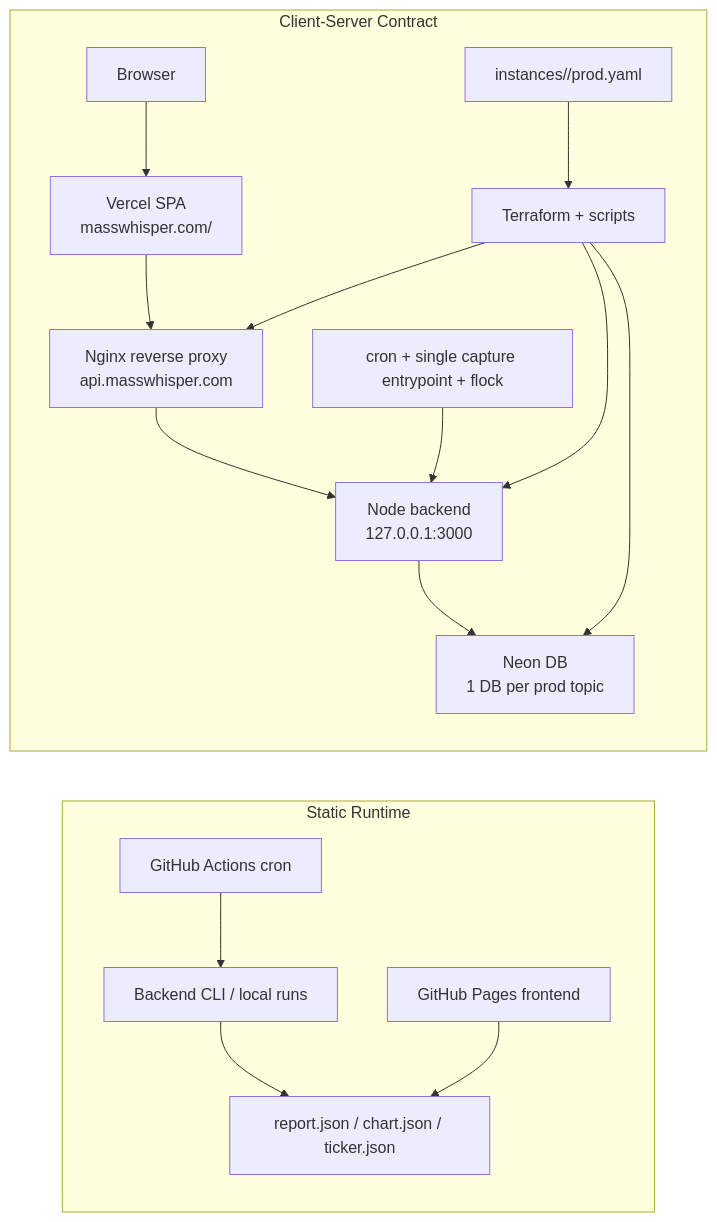
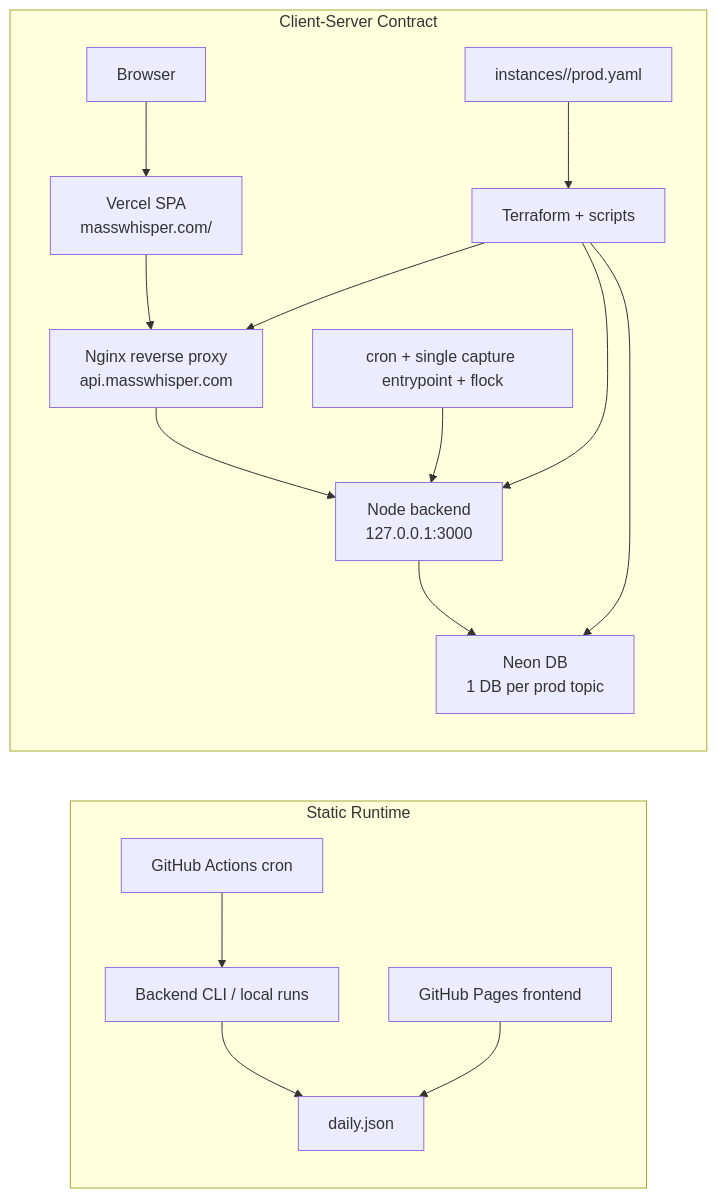
One commit to clementvidon/masswhisper changed the diagram in docs/architecture/client-server-transition.md. Above: the diagram before and after it, drawn with Mermaid. The commit also changed other lines of this file and 56 other files, not shown here.

````diff
--- a/docs/architecture/client-server-transition.md
+++ b/docs/architecture/client-server-transition.md
@@ -9,34 +9,34 @@
 ```mermaid
 flowchart LR
   subgraph STATIC["Static Runtime"]
     GH_PAGES["GitHub Pages frontend"]
     GH_ACTIONS["GitHub Actions cron"]
     LOCAL_BACKEND["Backend CLI / local runs"]
-    JSON["report.json / chart.json / ticker.json"]
+    JSON["daily.json"]
 
     GH_ACTIONS --> LOCAL_BACKEND
     LOCAL_BACKEND --> JSON
     GH_PAGES --> JSON
   end
 
   subgraph CONTRACT["Client-Server Contract"]
     USER["Browser"]
     VERCEL["Vercel SPA\nmasswhisper.com/<topic-slug>"]
     NGINX["Nginx reverse proxy\napi.masswhisper.com"]
     NODE["Node backend\n127.0.0.1:3000"]
     CRON["cron + single capture entrypoint + flock"]
     NEON["Neon DB\n1 DB per prod topic"]
     MANIFEST["instances/<topic-slug>/prod.yaml"]
     TF["Terraform + scripts"]
 
     USER --> VERCEL
     VERCEL --> NGINX
     NGINX --> NODE
     NODE --> NEON
     CRON --> NODE
     MANIFEST --> TF
     TF --> NGINX
     TF --> NODE
     TF --> NEON
   end
 ```
````
